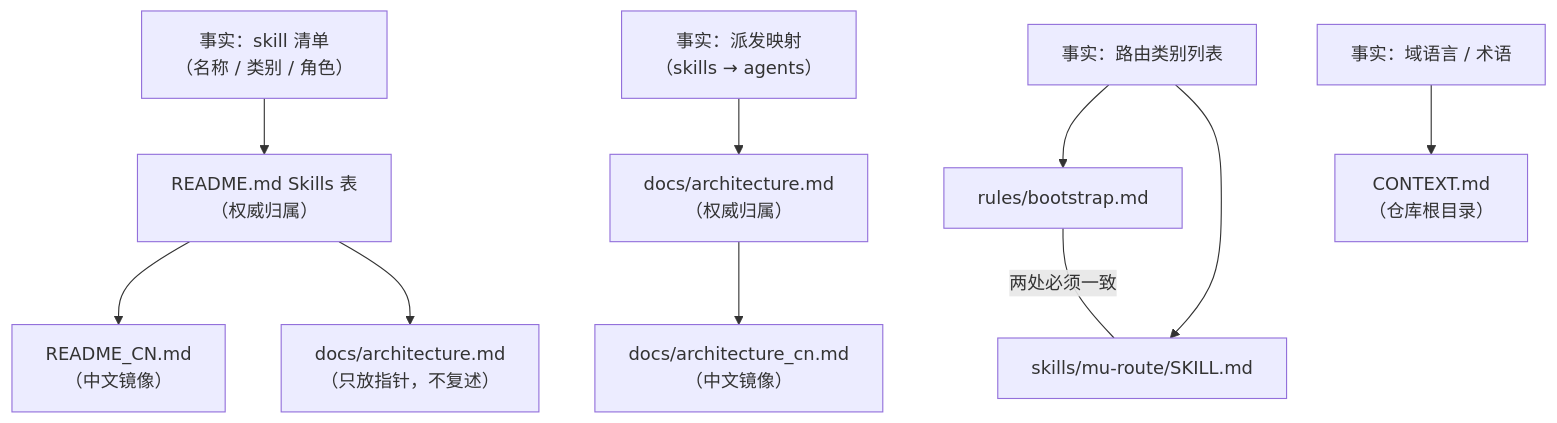
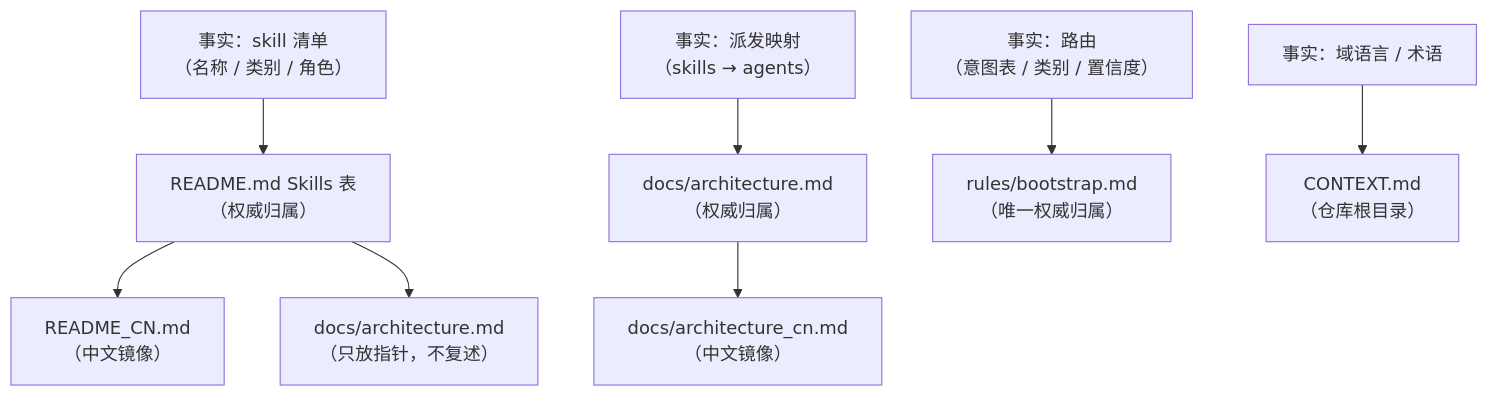
The first of 2 diagrams in docs/wiki/docs-maintenance-contract.md (knotmark-ai/devmuse), drawn with Mermaid before and after one commit. The commit also changed other lines of this file and 7 other files, not shown here.

````diff
--- a/docs/wiki/docs-maintenance-contract.md
+++ b/docs/wiki/docs-maintenance-contract.md
@@ -35,12 +37,10 @@
 ```mermaid
 graph TD
     F1["事实：skill 清单<br/>（名称 / 类别 / 角色）"] --> H1["README.md Skills 表<br/>（权威归属）"]
     H1 --> M1["README_CN.md<br/>（中文镜像）"]
     H1 --> P1["docs/architecture.md<br/>（只放指针，不复述）"]
     F2["事实：派发映射<br/>（skills → agents）"] --> H2["docs/architecture.md<br/>（权威归属）"]
     H2 --> M2["docs/architecture_cn.md<br/>（中文镜像）"]
-    F3["事实：路由类别列表"] --> H3["rules/bootstrap.md"]
-    F3 --> H4["skills/mu-route/SKILL.md"]
-    H3 ---|"两处必须一致"| H4
+    F3["事实：路由<br/>（意图表 / 类别 / 置信度）"] --> H3["rules/bootstrap.md<br/>（唯一权威归属）"]
     F4["事实：域语言 / 术语"] --> H5["CONTEXT.md<br/>（仓库根目录）"]
 ```
````
